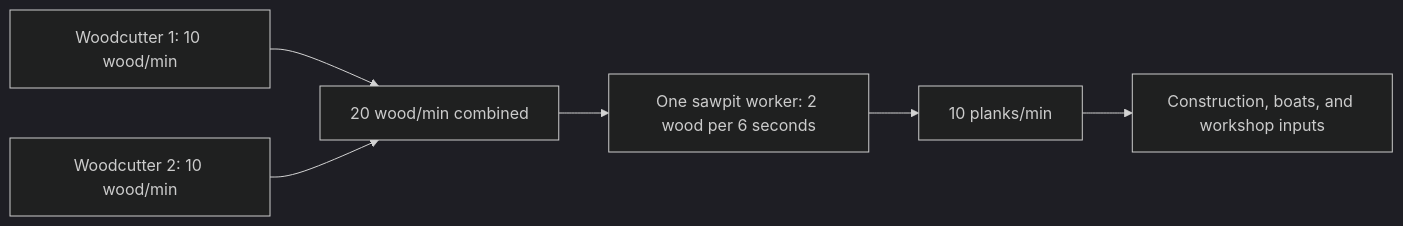
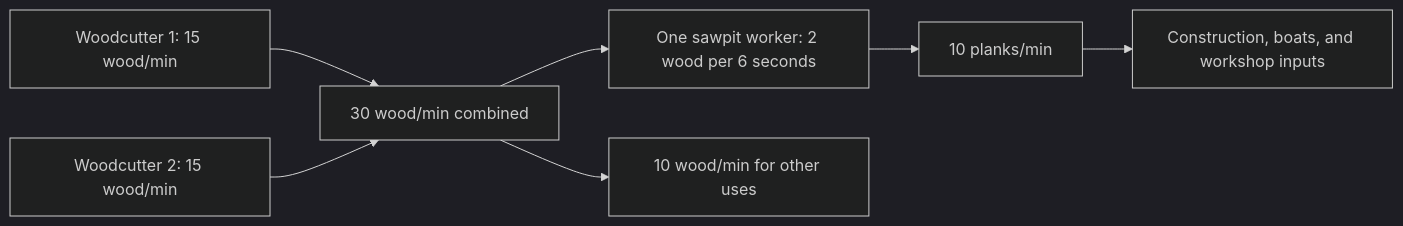
Before and after one commit to Loevano/grass-valley: the diagram in docs/BALANCING.md, drawn with Mermaid (dark theme). The commit also changed other lines of this file and 19 other files, not shown here.

````diff
--- a/docs/BALANCING.md
+++ b/docs/BALANCING.md
@@ -69,8 +69,9 @@
 ```mermaid
 flowchart LR
-    A[Woodcutter 1: 10 wood/min] --> Wood[20 wood/min combined]
-    B[Woodcutter 2: 10 wood/min] --> Wood
+    A[Woodcutter 1: 15 wood/min] --> Wood[30 wood/min combined]
+    B[Woodcutter 2: 15 wood/min] --> Wood
     Wood --> Saw[One sawpit worker: 2 wood per 6 seconds]
+    Wood --> Spare[10 wood/min for other uses]
     Saw --> Planks[10 planks/min]
     Planks --> Uses[Construction, boats, and workshop inputs]
 ```
````
